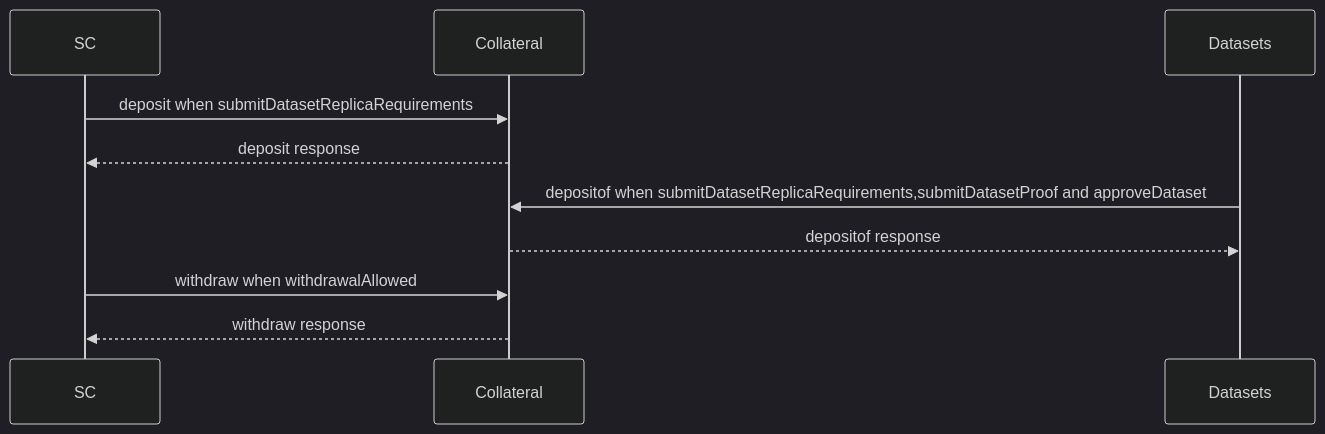
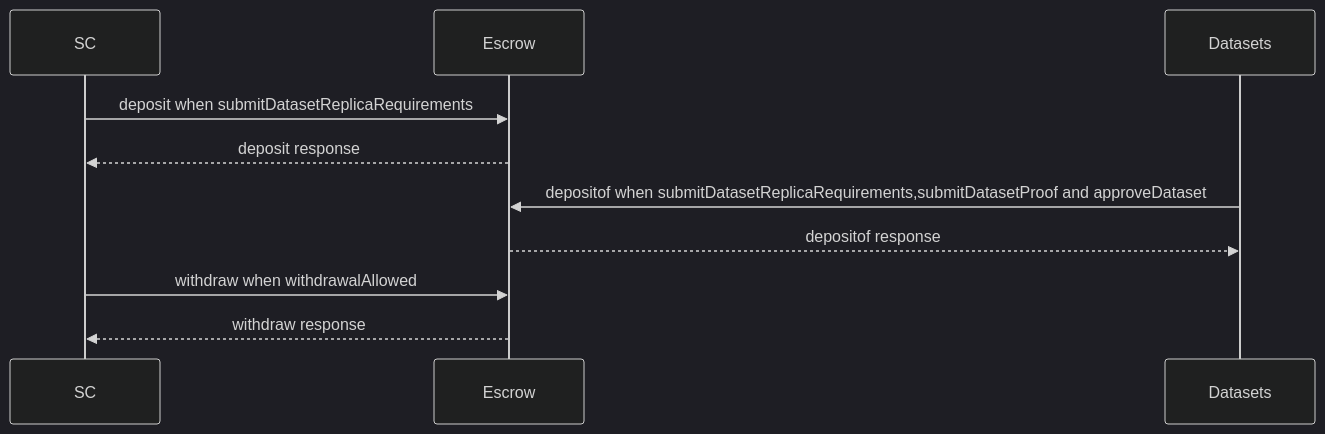
The first of 8 diagrams in systems/core/escrow/Readme.md (dataswap/specs), drawn with Mermaid (dark theme) before and after one commit. The commit also changed other lines of this file, not shown here.

````diff
--- a/systems/core/escrow/Readme.md
+++ b/systems/core/escrow/Readme.md
@@ -25,9 +25,9 @@
 ```mermaid
 sequenceDiagram
-   SC ->> Collateral: deposit when submitDatasetReplicaRequirements
-   Collateral -->> SC: deposit response
-   Datasets ->> Collateral: depositof when submitDatasetReplicaRequirements,submitDatasetProof and approveDataset
-   Collateral -->> Datasets: depositof response
-   SC ->> Collateral: withdraw when withdrawalAllowed
-   Collateral -->> SC: withdraw response
+   SC ->> Escrow: deposit when submitDatasetReplicaRequirements
+   Escrow -->> SC: deposit response
+   Datasets ->> Escrow: depositof when submitDatasetReplicaRequirements,submitDatasetProof and approveDataset
+   Escrow -->> Datasets: depositof response
+   SC ->> Escrow: withdraw when withdrawalAllowed
+   Escrow -->> SC: withdraw response
 ```
````
